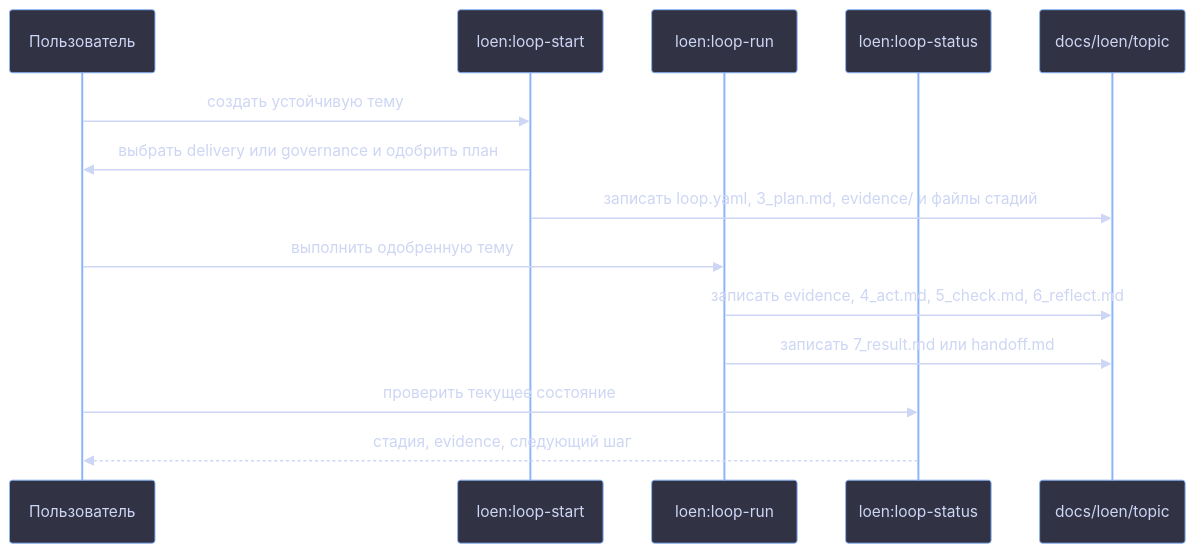
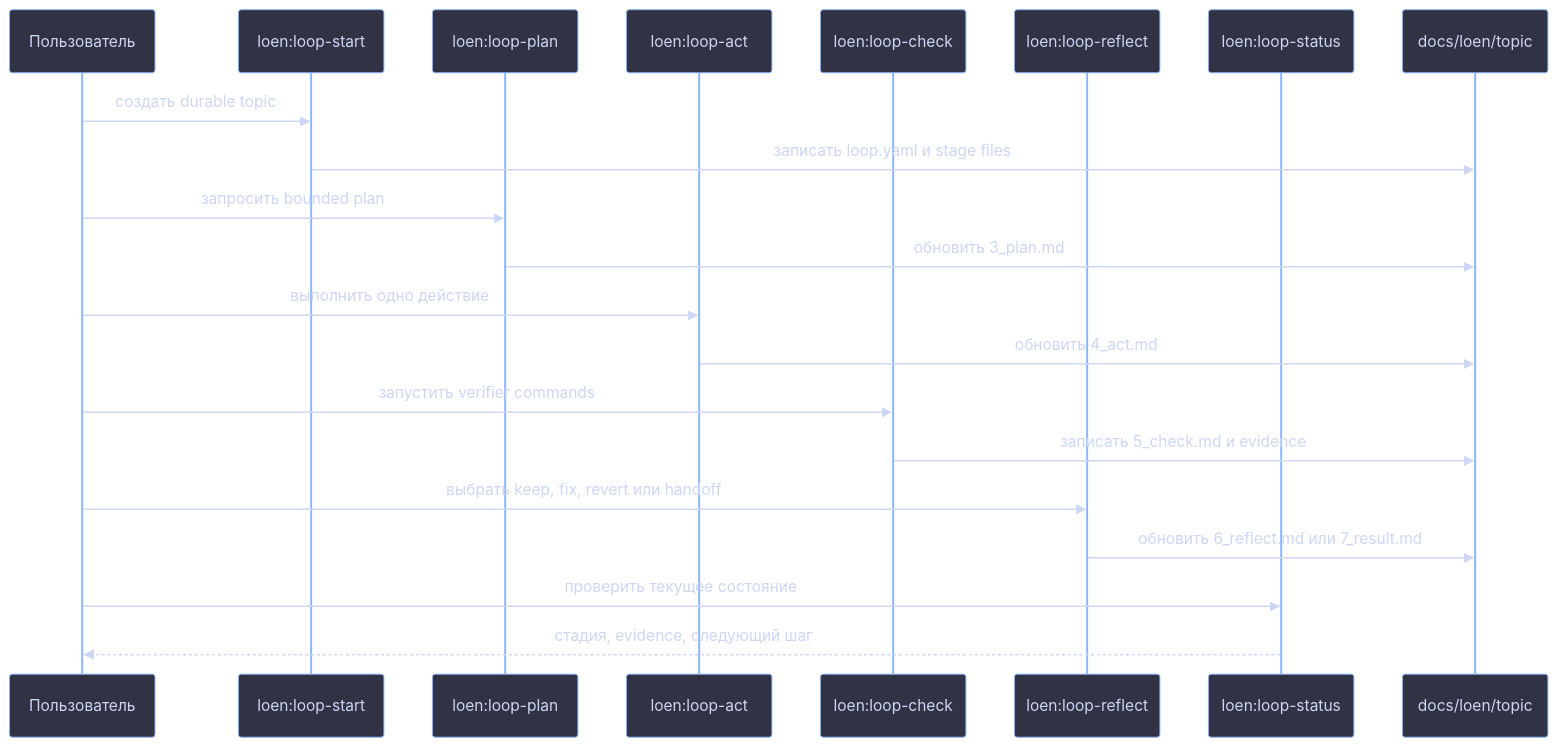
The first of 2 diagrams in plugins/loen/README.ru.md (ikeniborn/icodex), drawn with Mermaid before and after one commit. The commit also changed other lines of this file and 16 other files, not shown here.

Commit message:
Revert "feat(loen): add guided loop runner"

````diff
--- a/plugins/loen/README.ru.md
+++ b/plugins/loen/README.ru.md
@@ -76,18 +65,25 @@
 ```mermaid
 %%{init: {'theme': 'base', 'themeVariables': {'background': '#1e1e2e', 'primaryColor': '#313244', 'primaryTextColor': '#cdd6f4', 'primaryBorderColor': '#89b4fa', 'lineColor': '#888888', 'secondaryColor': '#181825', 'tertiaryColor': '#45475a'}}}%%
 sequenceDiagram
     participant User as Пользователь
     participant Start as loen:loop-start
-    participant Run as loen:loop-run
+    participant Plan as loen:loop-plan
+    participant Act as loen:loop-act
+    participant Check as loen:loop-check
+    participant Reflect as loen:loop-reflect
     participant Status as loen:loop-status
     participant Files as docs/loen/topic
 
-    User->>Start: создать устойчивую тему
-    Start->>User: выбрать delivery или governance и одобрить план
-    Start->>Files: записать loop.yaml, 3_plan.md, evidence/ и файлы стадий
-    User->>Run: выполнить одобренную тему
-    Run->>Files: записать evidence, 4_act.md, 5_check.md, 6_reflect.md
-    Run->>Files: записать 7_result.md или handoff.md
+    User->>Start: создать durable topic
+    Start->>Files: записать loop.yaml и stage files
+    User->>Plan: запросить bounded plan
+    Plan->>Files: обновить 3_plan.md
+    User->>Act: выполнить одно действие
+    Act->>Files: обновить 4_act.md
+    User->>Check: запустить verifier commands
+    Check->>Files: записать 5_check.md и evidence
+    User->>Reflect: выбрать keep, fix, revert или handoff
+    Reflect->>Files: обновить 6_reflect.md или 7_result.md
     User->>Status: проверить текущее состояние
     Status-->>User: стадия, evidence, следующий шаг
 ```
````
